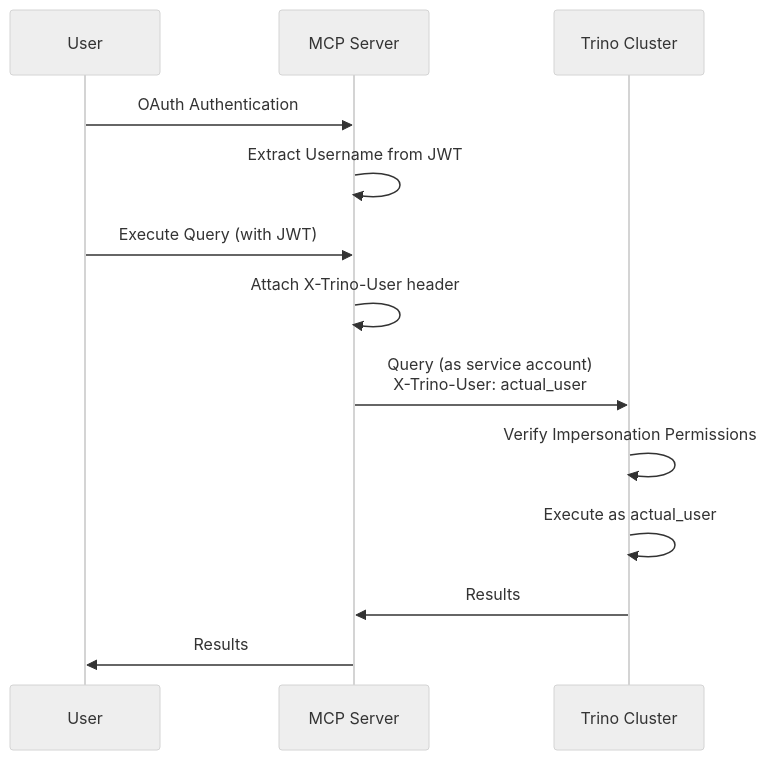
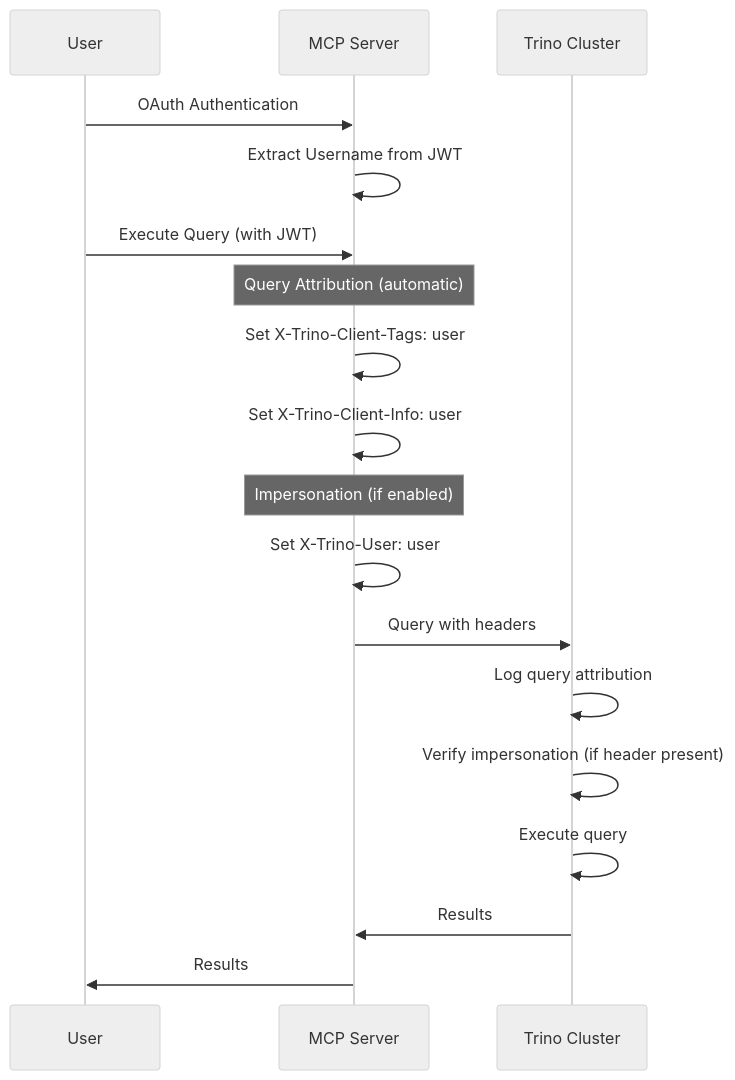
The diagram in docs/impersonation.md (lineardevon/mcp-trino), drawn with Mermaid (neutral theme) before and after one commit. The commit also changed other lines of this file and 10 other files, not shown here.

````diff
--- a/docs/impersonation.md
+++ b/docs/impersonation.md
@@ -61,16 +109,24 @@
 ```mermaid
 sequenceDiagram
     participant User
     participant MCP as MCP Server
     participant Trino as Trino Cluster
 
     User->>MCP: OAuth Authentication
     MCP->>MCP: Extract Username from JWT
     User->>MCP: Execute Query (with JWT)
-    MCP->>MCP: Attach X-Trino-User header
-    MCP->>Trino: Query (as service account)<br/>X-Trino-User: actual_user
-    Trino->>Trino: Verify Impersonation Permissions
-    Trino->>Trino: Execute as actual_user
+
+    Note over MCP: Query Attribution (automatic)
+    MCP->>MCP: Set X-Trino-Client-Tags: user
+    MCP->>MCP: Set X-Trino-Client-Info: user
+
+    Note over MCP: Impersonation (if enabled)
+    MCP->>MCP: Set X-Trino-User: user
+
+    MCP->>Trino: Query with headers
+    Trino->>Trino: Log query attribution
+    Trino->>Trino: Verify impersonation (if header present)
+    Trino->>Trino: Execute query
     Trino->>MCP: Results
     MCP->>User: Results
 ```
````
